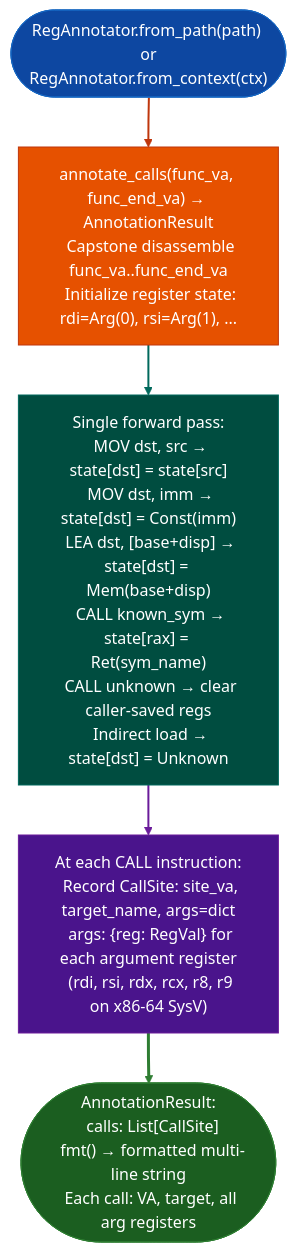
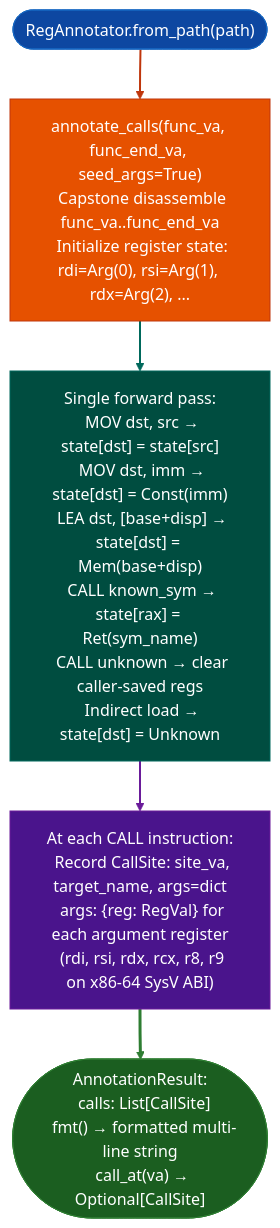
Before and after one commit to Ablation-Tool/ablation: the diagram in docs/reference-modules/call-argument-annotation.md, drawn with Mermaid (neutral theme). The commit also changed other lines of this file and 209 other files, not shown here.

````diff
--- a/docs/reference-modules/call-argument-annotation.md
+++ b/docs/reference-modules/call-argument-annotation.md
@@ -19,17 +44,16 @@
 ```mermaid
 flowchart TD
-    A(["RegAnnotator.from_path(path) or\nRegAnnotator.from_context(ctx)"]):::input --> B["annotate_calls(func_va, func_end_va) → AnnotationResult\n  Capstone disassemble func_va..func_end_va\n  Initialize register state: rdi=Arg(0), rsi=Arg(1), ..."]:::primary
+    A(["RegAnnotator.from_path(path)"]):::input --> B["annotate_calls(func_va, func_end_va, seed_args=True)\n  Capstone disassemble func_va..func_end_va\n  Initialize register state: rdi=Arg(0), rsi=Arg(1), rdx=Arg(2), ..."]:::primary
     B:::primary --> C["Single forward pass:\n  MOV dst, src → state[dst] = state[src]\n  MOV dst, imm → state[dst] = Const(imm)\n  LEA dst, [base+disp] → state[dst] = Mem(base+disp)\n  CALL known_sym → state[rax] = Ret(sym_name)\n  CALL unknown → clear caller-saved regs\n  Indirect load → state[dst] = Unknown"]:::secondary
-    C:::secondary --> D["At each CALL instruction:\n  Record CallSite: site_va, target_name, args=dict\n  args: {reg: RegVal} for each argument register\n  (rdi, rsi, rdx, rcx, r8, r9 on x86-64 SysV)"]:::tertiary
-    D:::tertiary --> E(["AnnotationResult:\n  calls: List[CallSite]\n  fmt() → formatted multi-line string\n  Each call: VA, target, all arg registers"]):::output
+    C:::secondary --> D["At each CALL instruction:\n  Record CallSite: site_va, target_name, args=dict\n  args: {reg: RegVal} for each argument register\n  (rdi, rsi, rdx, rcx, r8, r9 on x86-64 SysV ABI)"]:::tertiary
+    D:::tertiary --> E(["AnnotationResult:\n  calls: List[CallSite]\n  fmt() → formatted multi-line string\n  call_at(va) → Optional[CallSite]"]):::output
     classDef input     fill:#0d47a1,stroke:#1565c0,color:#fff
     classDef primary   fill:#e65100,stroke:#bf360c,color:#fff
     classDef secondary fill:#004d40,stroke:#00695c,color:#fff
     classDef tertiary  fill:#4a148c,stroke:#6a1b9a,color:#fff
-    classDef neutral   fill:#37474f,stroke:#546e7a,color:#fff
     classDef output    fill:#1b5e20,stroke:#2e7d32,color:#fff
     linkStyle 0 stroke:#bf360c,stroke-width:2px
     linkStyle 1 stroke:#00695c,stroke-width:2px
     linkStyle 2 stroke:#6a1b9a,stroke-width:2px
     linkStyle 3 stroke:#2e7d32,stroke-width:3px
 ```
````
